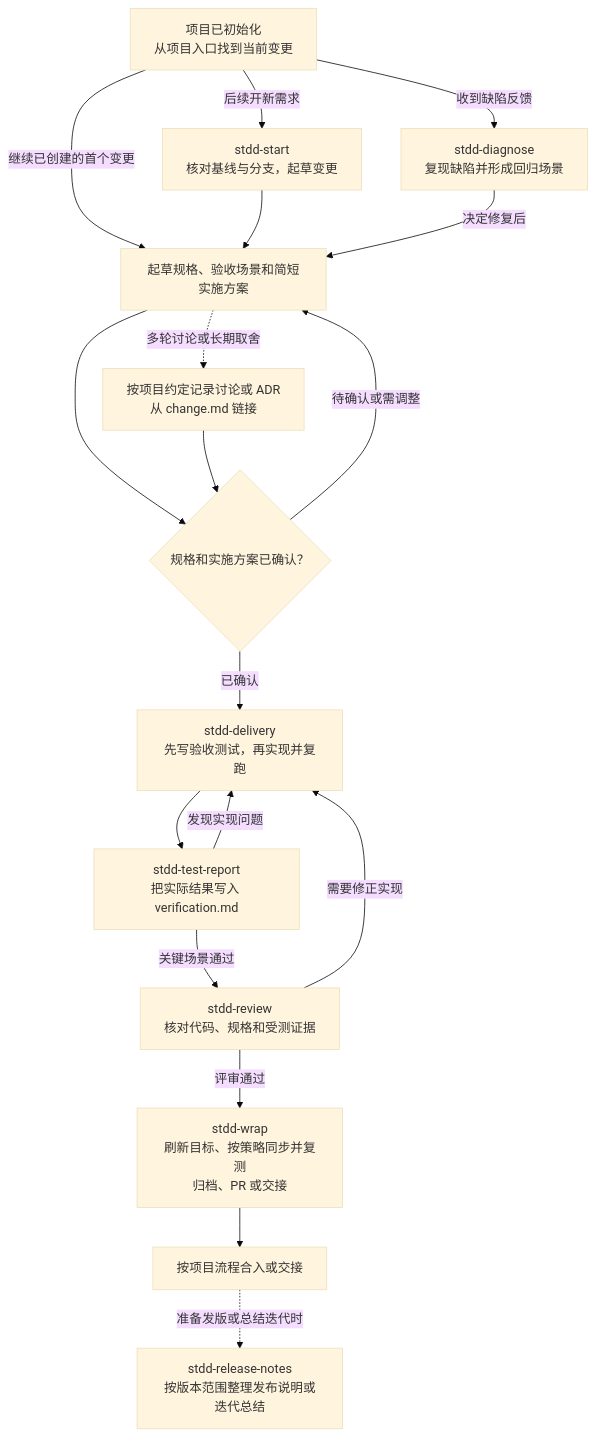
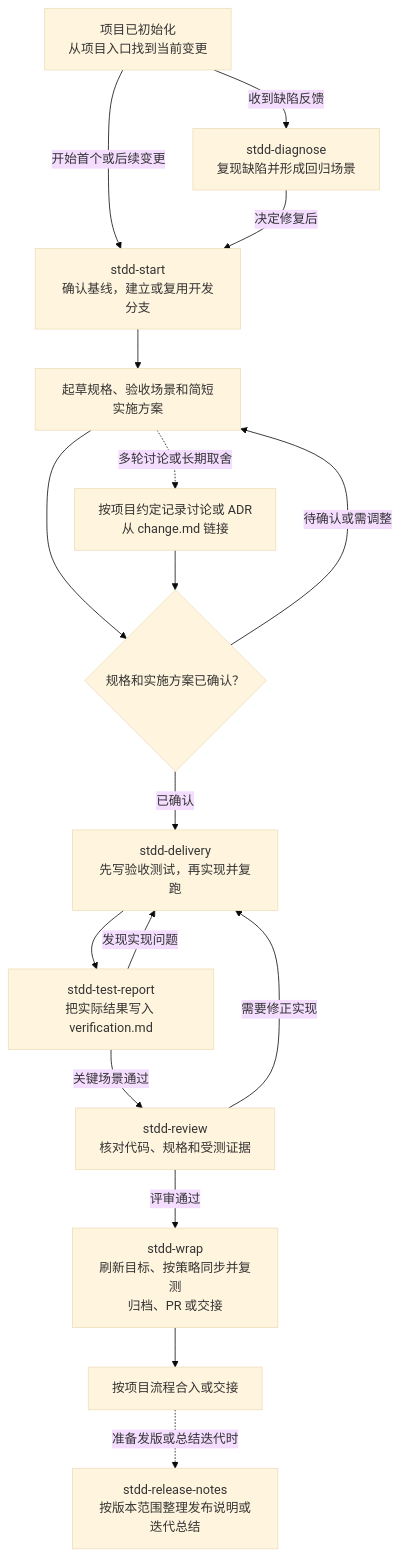
Before and after one commit to zhgqwx-del/stdd-sdd: the diagram in STDD-SDD/.agents/skills/init-stdd/assets/team/docs/stdd/workflows.md, drawn with Mermaid (base theme). The commit also changed other lines of this file and 11 other files, not shown here.

Commit message:
Start new STDD features from the confirmed trunk

````diff
--- a/STDD-SDD/.agents/skills/init-stdd/assets/team/docs/stdd/workflows.md
+++ b/STDD-SDD/.agents/skills/init-stdd/assets/team/docs/stdd/workflows.md
@@ -11,33 +11,32 @@
 ```mermaid
 flowchart TD
     Init["项目已初始化<br/>从项目入口找到当前变更"]
-    Start["stdd-start<br/>核对基线与分支，起草变更"]
+    Start["stdd-start<br/>确认基线，建立或复用开发分支"]
     Diagnose["stdd-diagnose<br/>复现缺陷并形成回归场景"]
     Spec["起草规格、验收场景和简短实施方案"]
     Records["按项目约定记录讨论或 ADR<br/>从 change.md 链接"]
     Confirm{"规格和实施方案已确认？"}
     Delivery["stdd-delivery<br/>先写验收测试，再实现并复跑"]
     Report["stdd-test-report<br/>把实际结果写入 verification.md"]
     Review["stdd-review<br/>核对代码、规格和受测证据"]
     Wrap["stdd-wrap<br/>刷新目标、按策略同步并复测<br/>归档、PR 或交接"]
     Done["按项目流程合入或交接"]
     Release["stdd-release-notes<br/>按版本范围整理发布说明或迭代总结"]
 
-    Init -->|继续已创建的首个变更| Spec
-    Init -->|后续开新需求| Start
+    Init -->|开始首个或后续变更| Start
     Init -->|收到缺陷反馈| Diagnose
     Start --> Spec
-    Diagnose -->|决定修复后| Spec
+    Diagnose -->|决定修复后| Start
     Spec --> Confirm
     Spec -.->|多轮讨论或长期取舍| Records
     Records --> Confirm
     Confirm -->|已确认| Delivery
     Confirm -->|待确认或需调整| Spec
     Delivery --> Report
     Report -->|关键场景通过| Review
     Report -->|发现实现问题| Delivery
     Review -->|需要修正实现| Delivery
     Review -->|评审通过| Wrap
     Wrap --> Done
     Done -.->|准备发版或总结迭代时| Release
 ```
````
